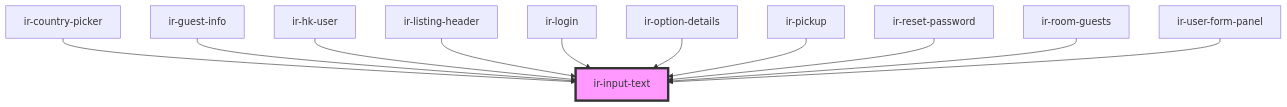
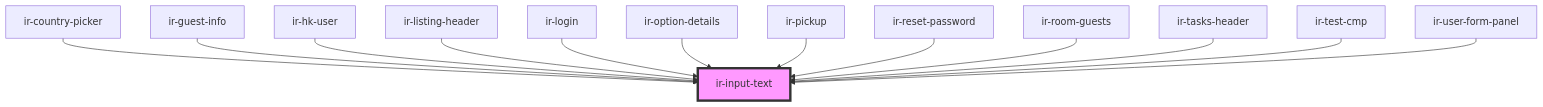
The diagram in src/components/ui/ir-input-text/readme.md (David1Chowaifaty/modified-ir-webcmp), drawn with Mermaid before and after one commit. The commit also changed other lines of this file and 58 other files, not shown here.

````diff
--- a/src/components/ui/ir-input-text/readme.md
+++ b/src/components/ui/ir-input-text/readme.md
@@ -69,14 +119,16 @@
 ```mermaid
 graph TD;
   ir-country-picker --> ir-input-text
   ir-guest-info --> ir-input-text
   ir-hk-user --> ir-input-text
   ir-listing-header --> ir-input-text
   ir-login --> ir-input-text
   ir-option-details --> ir-input-text
   ir-pickup --> ir-input-text
   ir-reset-password --> ir-input-text
   ir-room-guests --> ir-input-text
+  ir-tasks-header --> ir-input-text
+  ir-test-cmp --> ir-input-text
   ir-user-form-panel --> ir-input-text
   style ir-input-text fill:#f9f,stroke:#333,stroke-width:4px
 ```
````
